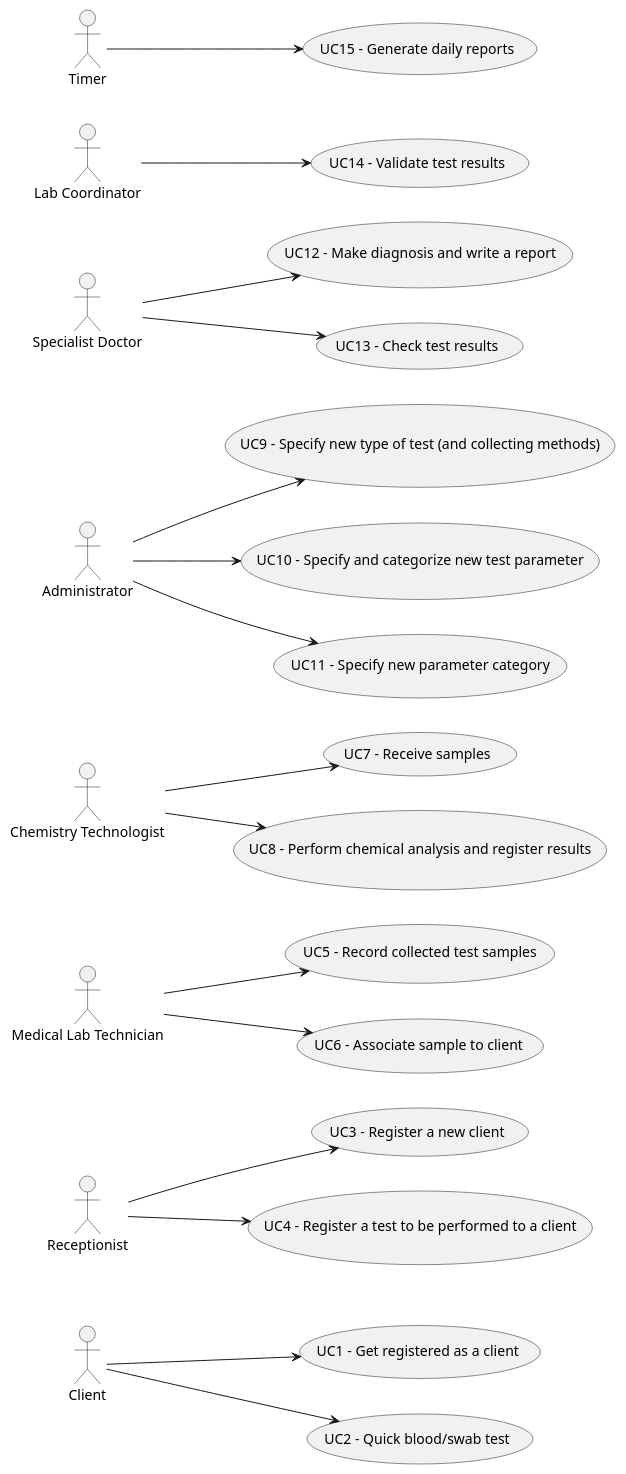
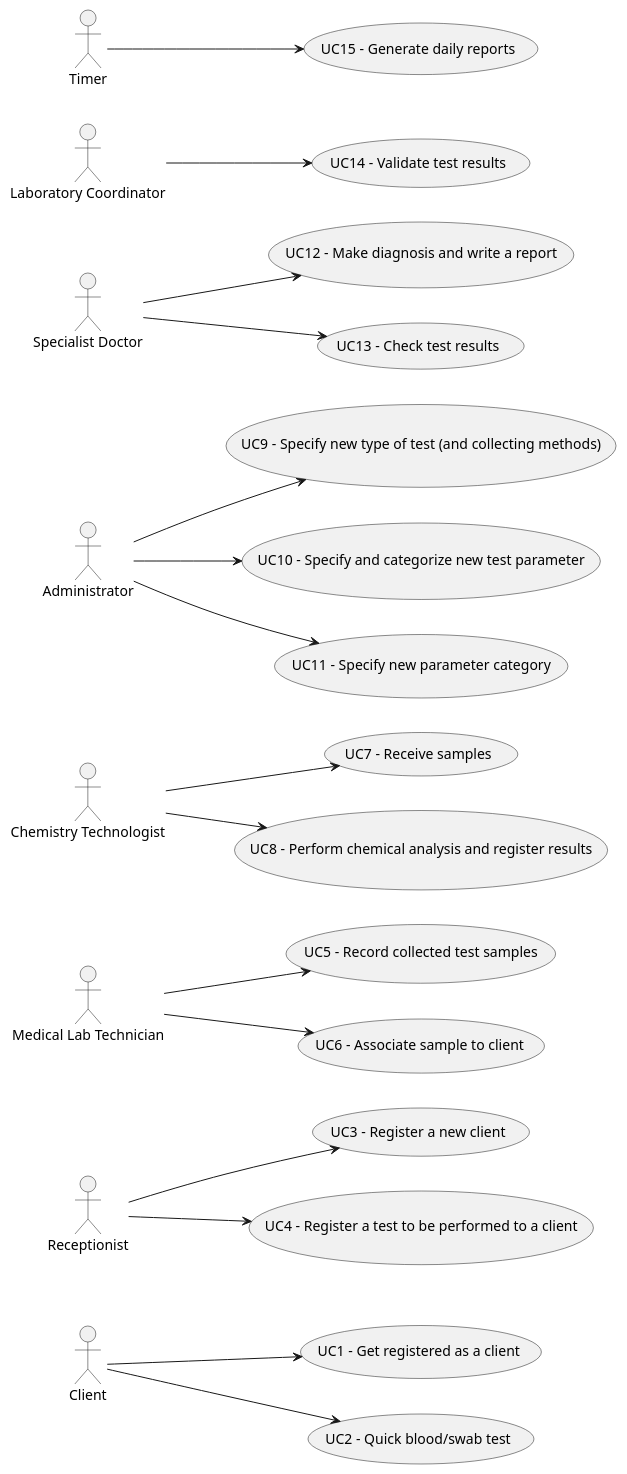
Before and after one commit to 0franciscor/lei-21-s2-1de-g19: the diagram in docs/SprintA/UCD.puml, drawn with PlantUML. The commit also changed 2 other files, not shown here.

Commit message:
Alteração de "lab coordinator", substituição das User Stories por short descriptions e minor errors correcting. 8Until further notice, o UCD está terminado)

```diff
--- a/docs/SprintA/UCD.puml
+++ b/docs/SprintA/UCD.puml
@@ -1,55 +1,55 @@
 @startuml
 
 usecase UC1 as "UC1 - Get registered as a client"
 usecase UC2 as "UC2 - Quick blood/swab test"
 usecase UC3 as "UC3 - Register a new client"
 usecase UC4 as "UC4 - Register a test to be performed to a client"
 usecase UC5 as "UC5 - Record collected test samples"
 usecase UC6 as "UC6 - Associate sample to client"
 usecase UC7 as "UC7 - Receive samples"
 usecase UC8 as "UC8 - Perform chemical analysis and register results"
 usecase UC9 as "UC9 - Specify new type of test (and collecting methods)"
 usecase UC10 as "UC10 - Specify and categorize new test parameter"
 usecase UC11 as "UC11 - Specify new parameter category"
 usecase UC12 as "UC12 - Make diagnosis and write a report"
 usecase UC13 as "UC13 - Check test results"
 usecase UC14 as "UC14 - Validate test results"
 usecase UC15 as "UC15 - Generate daily reports"
 
 
 actor "Client" as C
 actor "Receptionist" as RCP
 actor "Medical Lab Technician" as MLT
 actor "Chemistry Technologist" as CT
 actor "Specialist Doctor" as SD
-actor "Lab Coordinator" as LC
+actor "Laboratory Coordinator" as LC
 actor "Administrator" as ADM
 actor "Timer" as TM
 
 
 left to right direction
 
 C -->(UC1)
 C -->(UC2)
 
 RCP -->(UC3)
 RCP -->(UC4)
 
 MLT -->(UC5)
 MLT -->(UC6)
 
 CT -->(UC7)
 CT -->(UC8)
 
 ADM -->(UC9)
 ADM -->(UC10)
 ADM -->(UC11)
 
 SD -->(UC12)
 SD -->(UC13)
 
 LC--> (UC14)
 
 TM --> (UC15)
 
 @enduml
```
